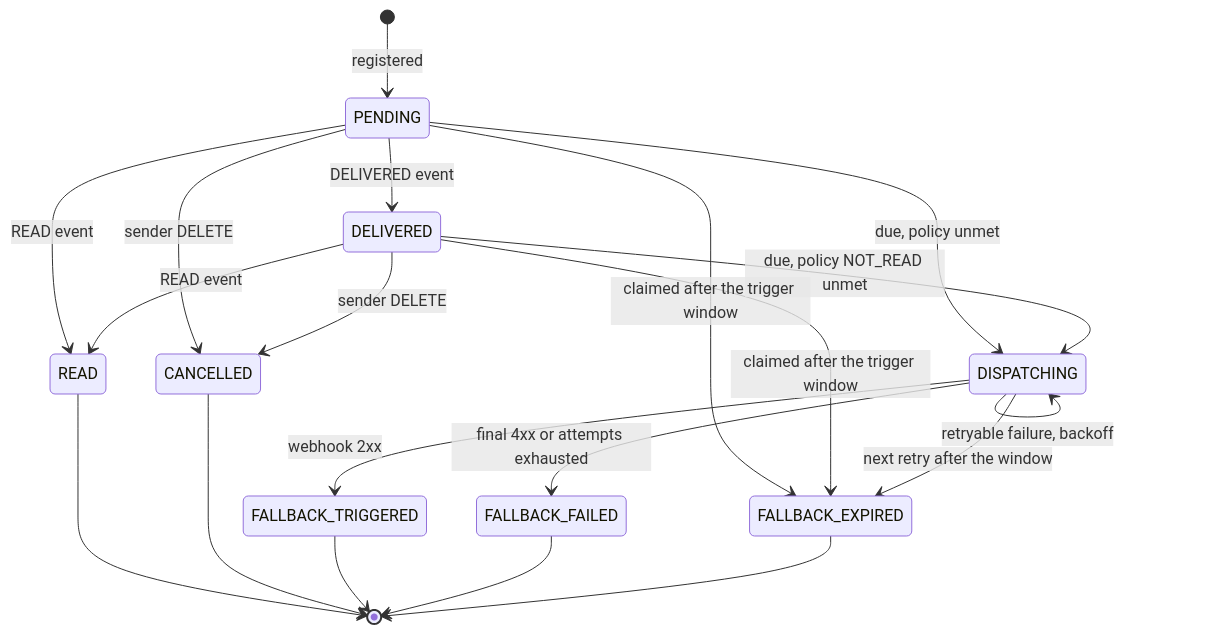
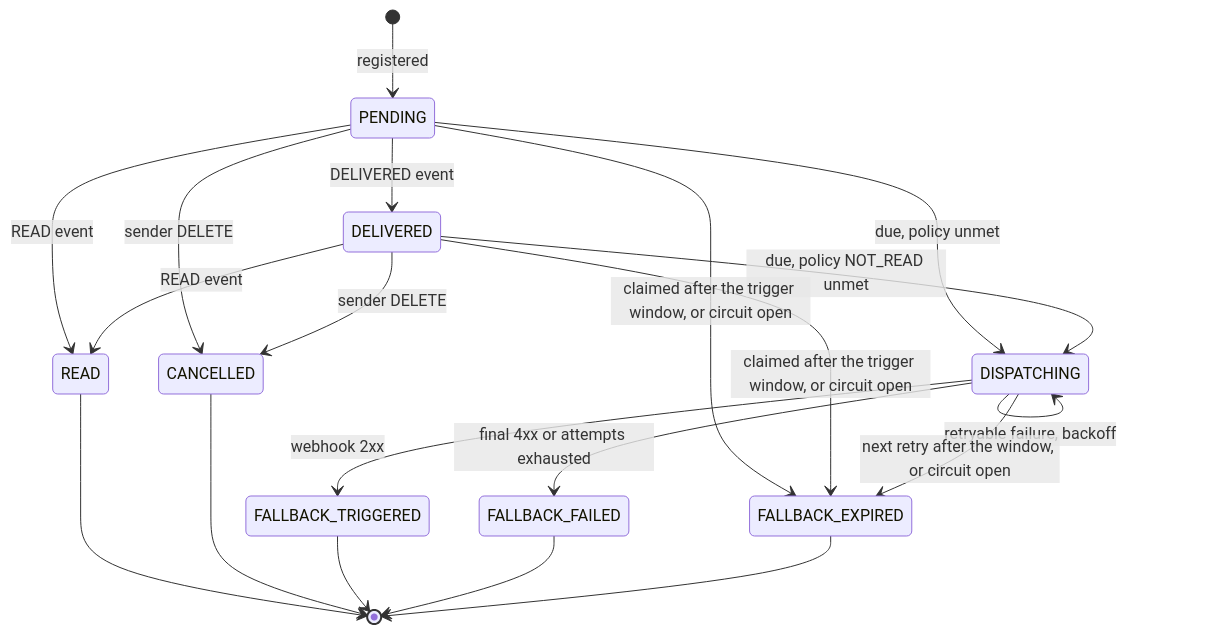
One commit to valentirob/reliable-push changed the fourth of 13 diagrams in docs/overview.md. Above: the diagram before and after it, drawn with Mermaid. The commit also changed other lines of this file and 22 other files, not shown here.

First line of the commit message:
docs: fallback circuit breaker

````diff
--- a/docs/overview.md
+++ b/docs/overview.md
@@ -117,22 +121,22 @@
 ```mermaid
 stateDiagram-v2
   [*] --> PENDING: registered
   PENDING --> DELIVERED: DELIVERED event
   PENDING --> READ: READ event
   DELIVERED --> READ: READ event
   PENDING --> CANCELLED: sender DELETE
   DELIVERED --> CANCELLED: sender DELETE
   PENDING --> DISPATCHING: due, policy unmet
   DELIVERED --> DISPATCHING: due, policy NOT_READ unmet
-  PENDING --> FALLBACK_EXPIRED: claimed after the trigger window
-  DELIVERED --> FALLBACK_EXPIRED: claimed after the trigger window
+  PENDING --> FALLBACK_EXPIRED: claimed after the trigger window, or circuit open
+  DELIVERED --> FALLBACK_EXPIRED: claimed after the trigger window, or circuit open
   DISPATCHING --> DISPATCHING: retryable failure, backoff
   DISPATCHING --> FALLBACK_TRIGGERED: webhook 2xx
   DISPATCHING --> FALLBACK_FAILED: final 4xx or attempts exhausted
-  DISPATCHING --> FALLBACK_EXPIRED: next retry after the window
+  DISPATCHING --> FALLBACK_EXPIRED: next retry after the window, or circuit open
   READ --> [*]
   CANCELLED --> [*]
   FALLBACK_TRIGGERED --> [*]
   FALLBACK_FAILED --> [*]
   FALLBACK_EXPIRED --> [*]
 ```
````
